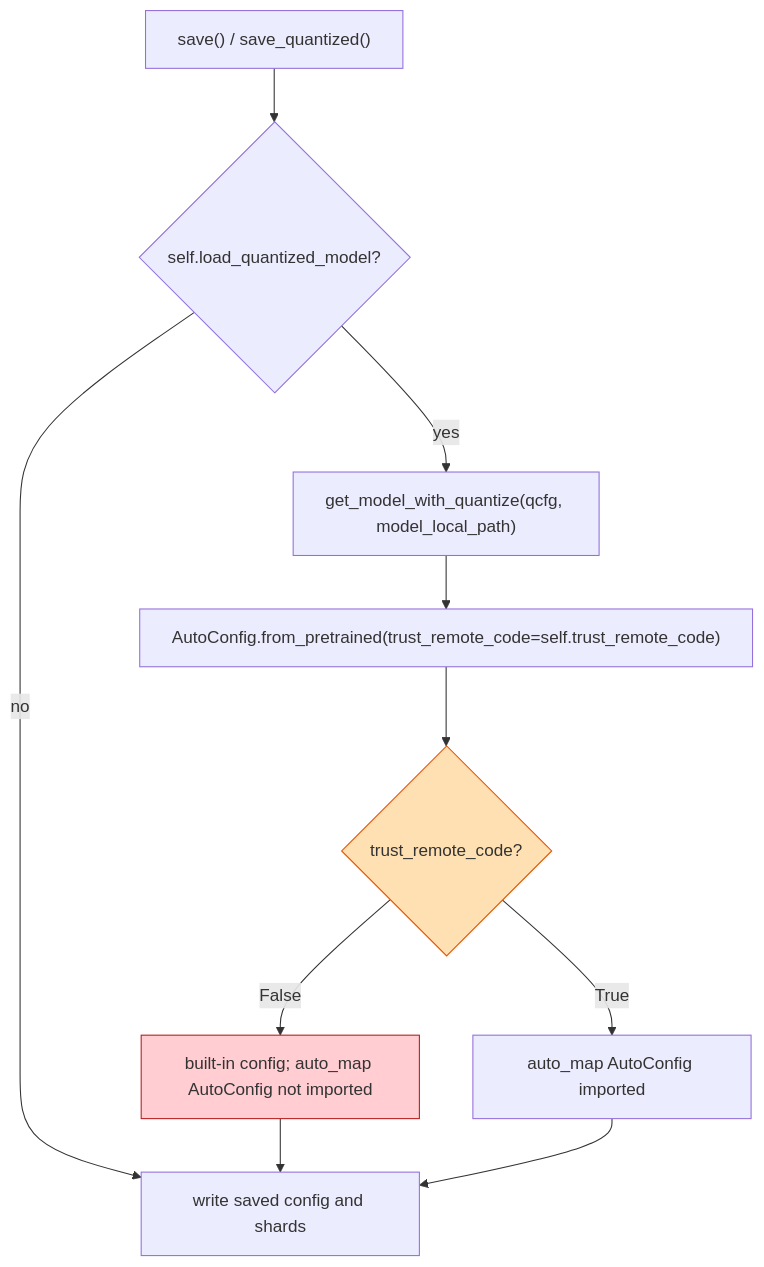
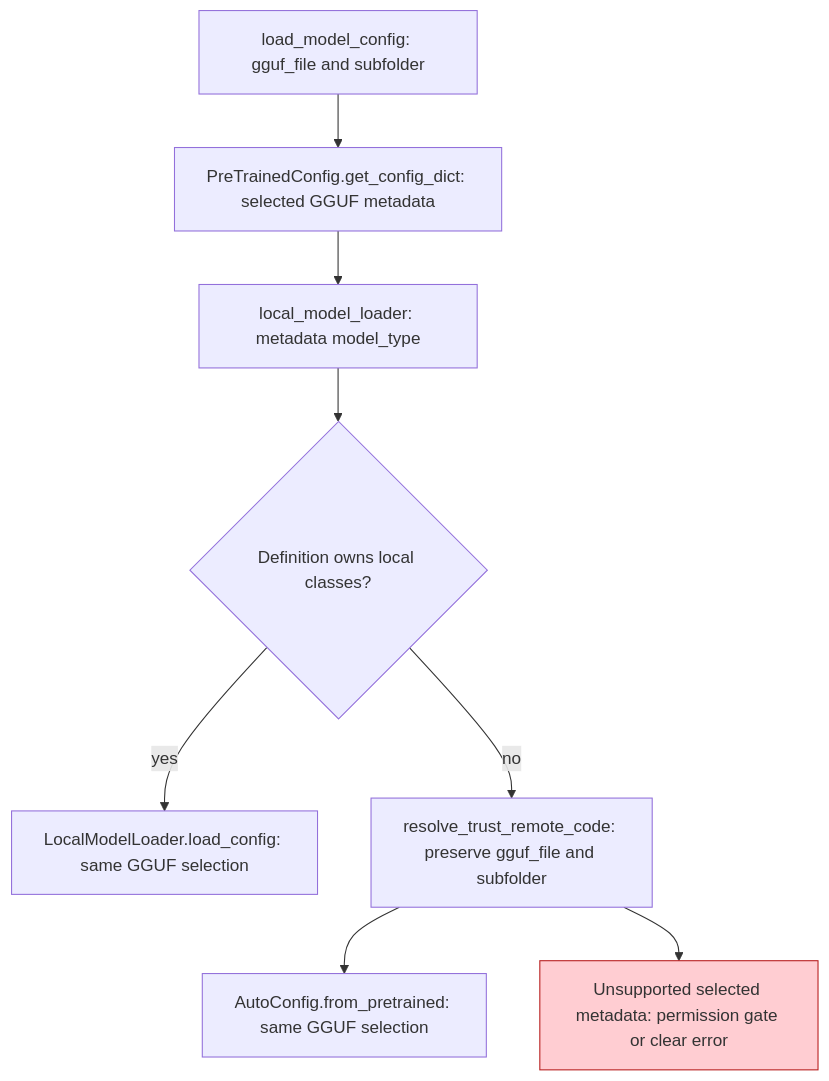
The third of 7 diagrams in docs/trust-remote-code-isolation.md (ModelCloud/GPTQModel), drawn with Mermaid before and after one commit. The commit also changed other lines of this file and 2458 other files, not shown here.

````diff
--- a/docs/trust-remote-code-isolation.md
+++ b/docs/trust-remote-code-isolation.md
@@ -95,14 +108,11 @@
 ```mermaid
 flowchart TD
-    A["save() / save_quantized()"] --> B{"self.load_quantized_model?"}
-    B -- "yes" --> C["get_model_with_quantize(qcfg, model_local_path)"]
-    C --> D["AutoConfig.from_pretrained(trust_remote_code=self.trust_remote_code)"]
-    D --> E{"trust_remote_code?"}
-    E -- "False" --> F["built-in config; auto_map AutoConfig not imported"]
-    E -- "True" --> G["auto_map AutoConfig imported"]
-    B -- "no" --> H["write saved config and shards"]
-    F --> H
-    G --> H
-    style E fill:#ffe0b2,stroke:#e65100
-    style F fill:#ffcdd2,stroke:#b71c1c
+    A["load_model_config: gguf_file and subfolder"] --> B["PreTrainedConfig.get_config_dict: selected GGUF metadata"]
+    B --> C["local_model_loader: metadata model_type"]
+    C --> D{"Definition owns local classes?"}
+    D -- yes --> E["LocalModelLoader.load_config: same GGUF selection"]
+    D -- no --> F["resolve_trust_remote_code: preserve gguf_file and subfolder"]
+    F --> G["AutoConfig.from_pretrained: same GGUF selection"]
+    F --> H["Unsupported selected metadata: permission gate or clear error"]
+    style H fill:#ffcdd2,stroke:#b71c1c
 ```
````
